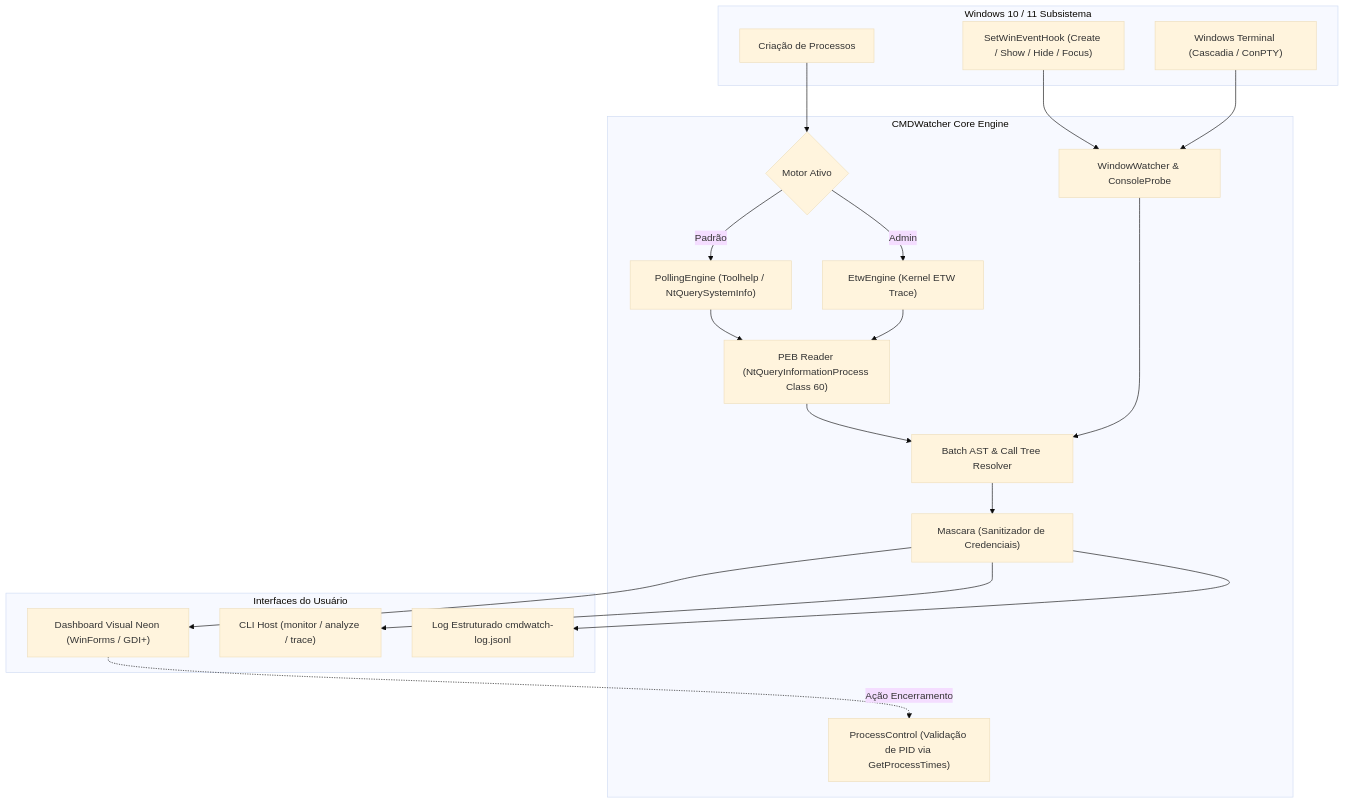
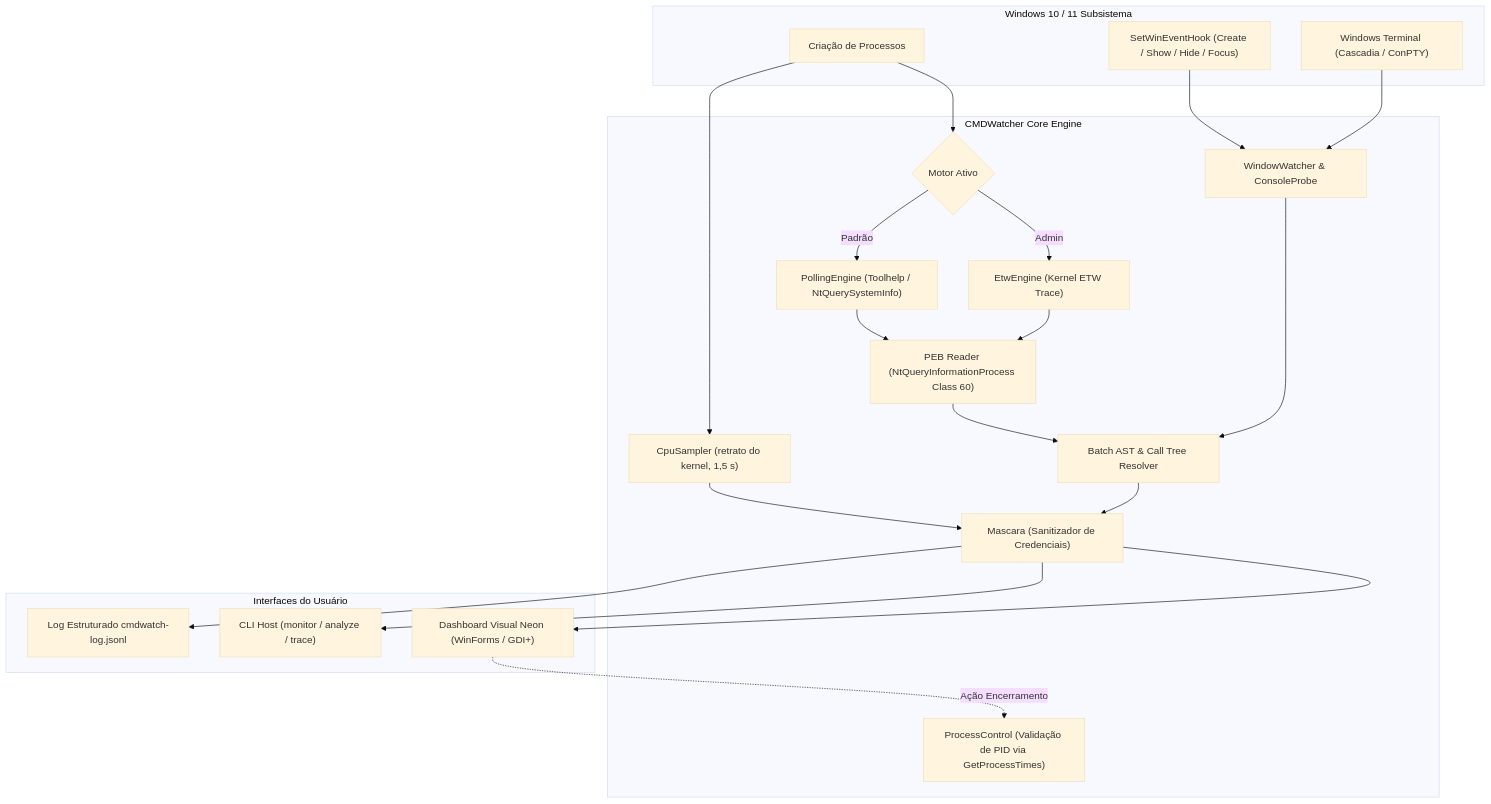
The diagram in README.pt-BR.md (dellanio/cmdwatch), drawn with Mermaid (base theme) before and after one commit. The commit also changed other lines of this file and 7 other files, not shown here.

````diff
--- a/README.pt-BR.md
+++ b/README.pt-BR.md
@@ -98,37 +107,40 @@
 ```mermaid
 flowchart TD
     subgraph OS ["Windows 10 / 11 Subsistema"]
         ProcLife["Criação de Processos"]
         WinEvents["SetWinEventHook (Create / Show / Hide / Focus)"]
         Terminals["Windows Terminal (Cascadia / ConPTY)"]
     end
 
     subgraph Core ["CMDWatcher Core Engine"]
         EngineChoice{"Motor Ativo"}
         EtwEng["EtwEngine (Kernel ETW Trace)"]
         PollEng["PollingEngine (Toolhelp / NtQuerySystemInfo)"]
         PEBReader["PEB Reader (NtQueryInformationProcess Class 60)"]
         WinWatcher["WindowWatcher & ConsoleProbe"]
         AST["Batch AST & Call Tree Resolver"]
         Masker["Mascara (Sanitizador de Credenciais)"]
         SafeKill["ProcessControl (Validação de PID via GetProcessTimes)"]
+        CpuSampler["CpuSampler (retrato do kernel, 1,5 s)"]
     end
 
     subgraph Output ["Interfaces do Usuário"]
         GUI["Dashboard Visual Neon (WinForms / GDI+)"]
         CLI["CLI Host (monitor / analyze / trace)"]
         JSONL["Log Estruturado cmdwatch-log.jsonl"]
     end
 
     ProcLife --> EngineChoice
+    ProcLife --> CpuSampler
     EngineChoice -->|"Admin"| EtwEng
     EngineChoice -->|"Padrão"| PollEng
     PollEng & EtwEng --> PEBReader
     WinEvents & Terminals --> WinWatcher
     PEBReader & WinWatcher --> AST
     AST --> Masker
+    CpuSampler --> Masker
     Masker --> GUI
     Masker --> CLI
     Masker --> JSONL
     GUI -.->|"Ação Encerramento"| SafeKill
 ```
````
